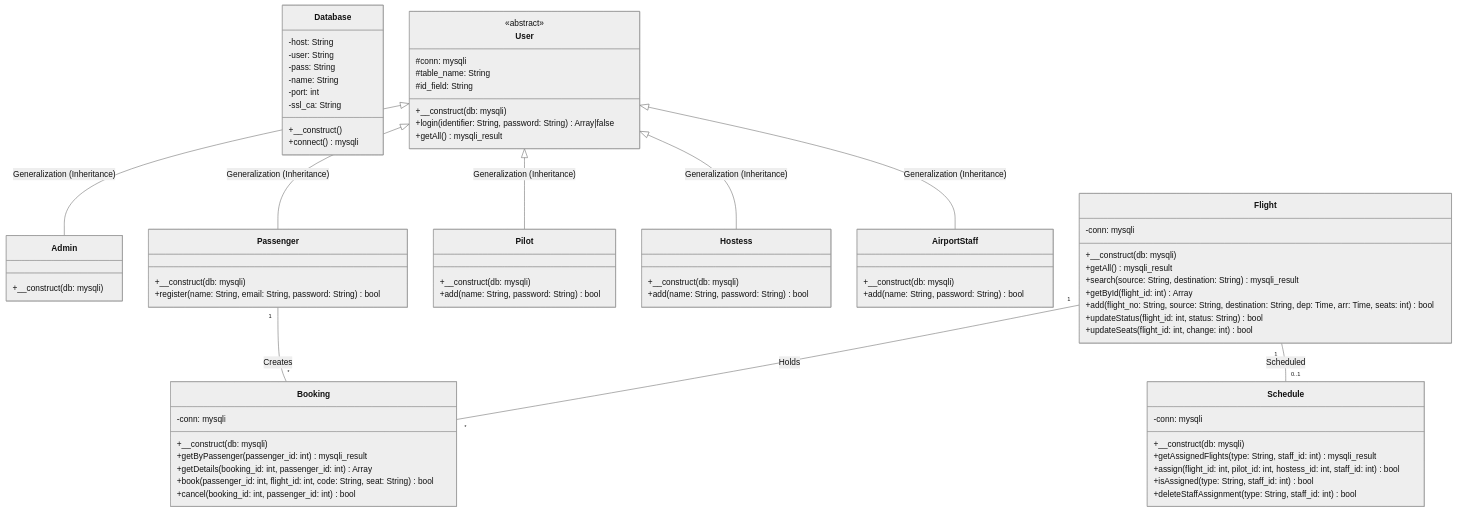
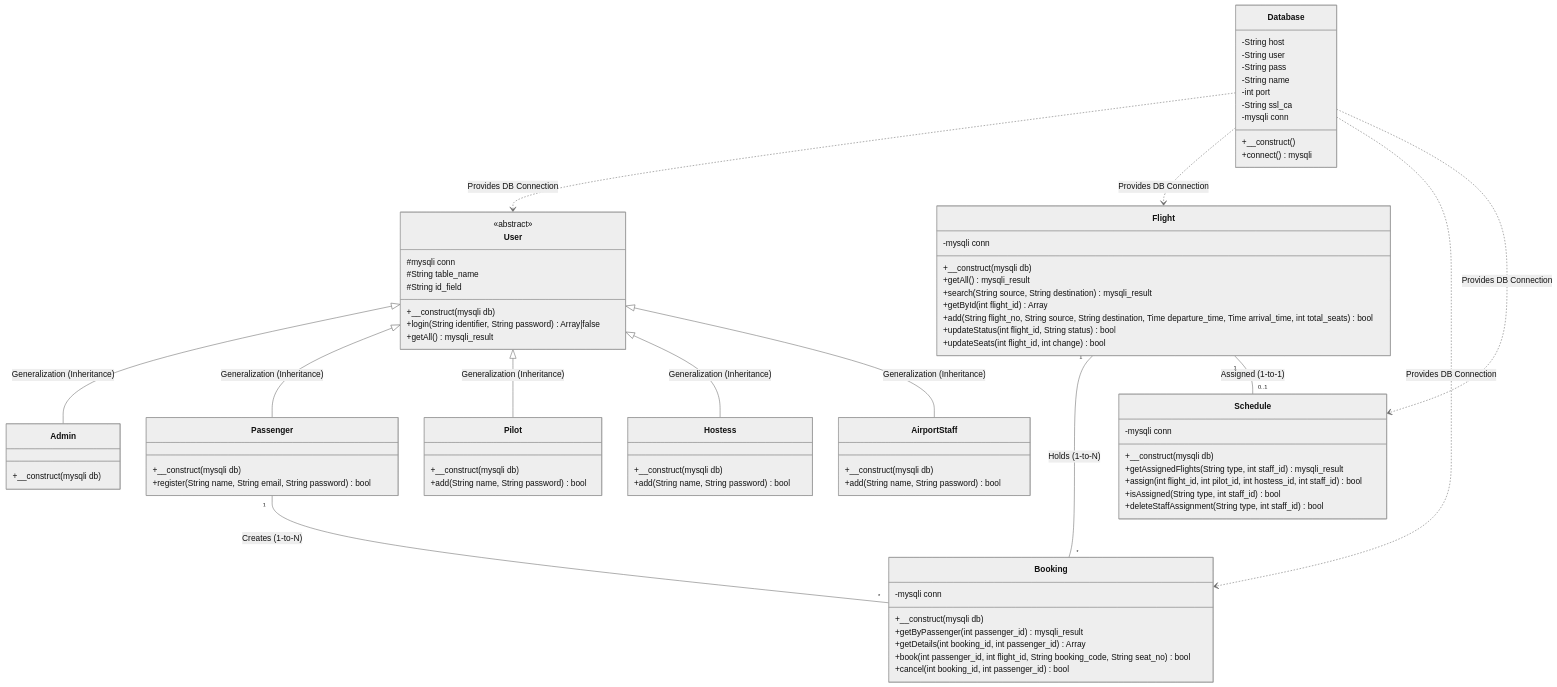
Before and after one commit to savanthsan/Airline: the second of 3 diagrams in README.md, drawn with Mermaid (neutral theme). The commit also changed other lines of this file, not shown here.

Commit message:
Update Class Diagram in README.md with detailed class attributes, functionalities, and OOP architecture principles

````diff
--- a/README.md
+++ b/README.md
@@ -107,86 +107,94 @@
 ```mermaid
 classDiagram
     class Database {
-        -host: String
-        -user: String
-        -pass: String
-        -name: String
-        -port: int
-        -ssl_ca: String
+        -String host
+        -String user
+        -String pass
+        -String name
+        -int port
+        -String ssl_ca
+        -mysqli conn
         +__construct()
         +connect() mysqli
     }
 
     class User {
         <<abstract>>
-        #conn: mysqli
-        #table_name: String
-        #id_field: String
-        +__construct(db: mysqli)
-        +login(identifier: String, password: String) Array|false
+        #mysqli conn
+        #String table_name
+        #String id_field
+        +__construct(mysqli db)
+        +login(String identifier, String password) Array|false
         +getAll() mysqli_result
     }
 
     class Admin {
-        +__construct(db: mysqli)
+        +__construct(mysqli db)
     }
 
     class Passenger {
-        +__construct(db: mysqli)
-        +register(name: String, email: String, password: String) bool
+        +__construct(mysqli db)
+        +register(String name, String email, String password) bool
     }
 
     class Pilot {
-        +__construct(db: mysqli)
-        +add(name: String, password: String) bool
+        +__construct(mysqli db)
+        +add(String name, String password) bool
     }
 
     class Hostess {
-        +__construct(db: mysqli)
-        +add(name: String, password: String) bool
+        +__construct(mysqli db)
+        +add(String name, String password) bool
     }
 
     class AirportStaff {
-        +__construct(db: mysqli)
-        +add(name: String, password: String) bool
+        +__construct(mysqli db)
+        +add(String name, String password) bool
     }
 
     class Flight {
-        -conn: mysqli
-        +__construct(db: mysqli)
+        -mysqli conn
+        +__construct(mysqli db)
         +getAll() mysqli_result
-        +search(source: String, destination: String) mysqli_result
-        +getById(flight_id: int) Array
-        +add(flight_no: String, source: String, destination: String, dep: Time, arr: Time, seats: int) bool
-        +updateStatus(flight_id: int, status: String) bool
-        +updateSeats(flight_id: int, change: int) bool
+        +search(String source, String destination) mysqli_result
+        +getById(int flight_id) Array
+        +add(String flight_no, String source, String destination, Time departure_time, Time arrival_time, int total_seats) bool
+        +updateStatus(int flight_id, String status) bool
+        +updateSeats(int flight_id, int change) bool
     }
 
     class Booking {
-        -conn: mysqli
-        +__construct(db: mysqli)
-        +getByPassenger(passenger_id: int) mysqli_result
-        +getDetails(booking_id: int, passenger_id: int) Array
-        +book(passenger_id: int, flight_id: int, code: String, seat: String) bool
-        +cancel(booking_id: int, passenger_id: int) bool
+        -mysqli conn
+        +__construct(mysqli db)
+        +getByPassenger(int passenger_id) mysqli_result
+        +getDetails(int booking_id, int passenger_id) Array
+        +book(int passenger_id, int flight_id, String booking_code, String seat_no) bool
+        +cancel(int booking_id, int passenger_id) bool
     }
 
     class Schedule {
-        -conn: mysqli
-        +__construct(db: mysqli)
-        +getAssignedFlights(type: String, staff_id: int) mysqli_result
-        +assign(flight_id: int, pilot_id: int, hostess_id: int, staff_id: int) bool
-        +isAssigned(type: String, staff_id: int) bool
-        +deleteStaffAssignment(type: String, staff_id: int) bool
+        -mysqli conn
+        +__construct(mysqli db)
+        +getAssignedFlights(String type, int staff_id) mysqli_result
+        +assign(int flight_id, int pilot_id, int hostess_id, int staff_id) bool
+        +isAssigned(String type, int staff_id) bool
+        +deleteStaffAssignment(String type, int staff_id) bool
     }
 
+    %% Inheritance / Generalization
     User <|-- Admin : Generalization (Inheritance)
     User <|-- Passenger : Generalization (Inheritance)
     User <|-- Pilot : Generalization (Inheritance)
     User <|-- Hostess : Generalization (Inheritance)
     User <|-- AirportStaff : Generalization (Inheritance)
 
-    Passenger "1" -- "*" Booking : Creates
-    Flight "1" -- "*" Booking : Holds
-    Flight "1" -- "0..1" Schedule : Scheduled
+    %% Associations & Dependencies
+    Database ..> User : Provides DB Connection
+    Database ..> Flight : Provides DB Connection
+    Database ..> Booking : Provides DB Connection
+    Database ..> Schedule : Provides DB Connection
+
+    Passenger "1" -- "*" Booking : Creates (1-to-N)
+    Flight "1" -- "*" Booking : Holds (1-to-N)
+    Flight "1" -- "0..1" Schedule : Assigned (1-to-1)
 ```
````
